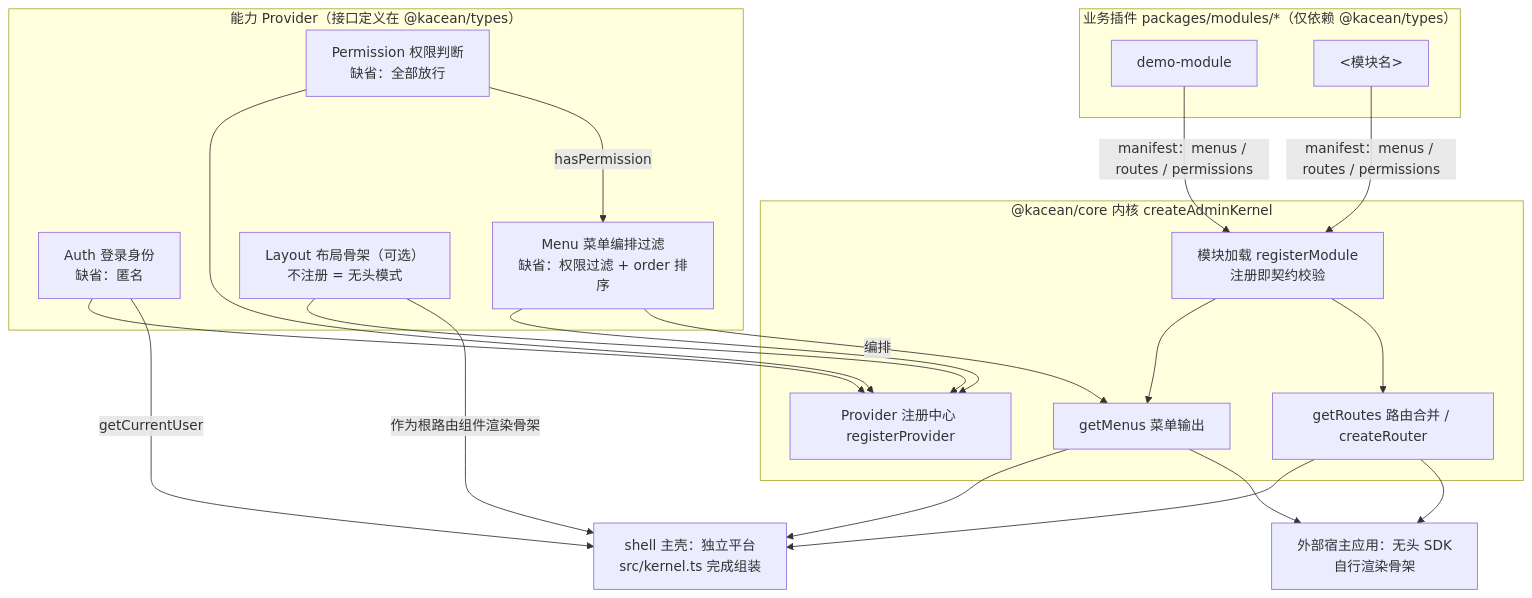
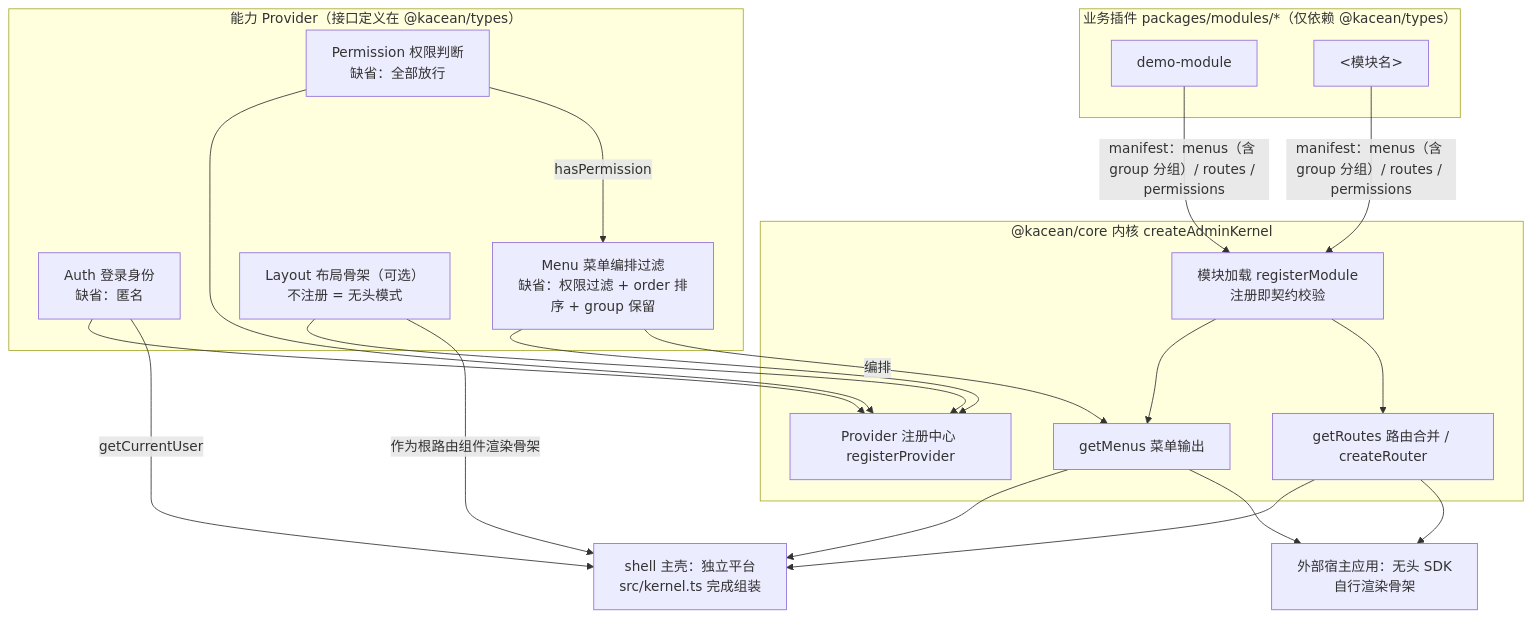
The first of 2 diagrams in README.md (HirongVSuen/kacean-admin), drawn with Mermaid before and after one commit. The commit also changed other lines of this file and 16 other files, not shown here.

````diff
--- a/README.md
+++ b/README.md
@@ -38,34 +38,34 @@
 ```mermaid
 flowchart TD
     subgraph Modules["业务插件 packages/modules/*（仅依赖 @kacean/types）"]
         M1["demo-module"]
         M2["&lt;模块名&gt;"]
     end
 
     subgraph Core["@kacean/core 内核 createAdminKernel"]
         Load["模块加载 registerModule<br/>注册即契约校验"]
         Registry["Provider 注册中心 registerProvider"]
         MenuOut["getMenus 菜单输出"]
         RouteOut["getRoutes 路由合并 / createRouter"]
     end
 
     subgraph Providers["能力 Provider（接口定义在 @kacean/types）"]
         Auth["Auth 登录身份<br/>缺省：匿名"]
         Permission["Permission 权限判断<br/>缺省：全部放行"]
-        MenuP["Menu 菜单编排过滤<br/>缺省：权限过滤 + order 排序"]
+        MenuP["Menu 菜单编排过滤<br/>缺省：权限过滤 + order 排序 + group 保留"]
         Layout["Layout 布局骨架（可选）<br/>不注册 = 无头模式"]
     end
 
     Shell["shell 主壳：独立平台<br/>src/kernel.ts 完成组装"]
     Host["外部宿主应用：无头 SDK<br/>自行渲染骨架"]
 
-    M1 & M2 -->|"manifest：menus / routes / permissions"| Load
+    M1 & M2 -->|"manifest：menus（含 group 分组）/ routes / permissions"| Load
     Auth & Permission & MenuP & Layout --> Registry
     Load --> MenuOut & RouteOut
     MenuP -->|"编排"| MenuOut
     Permission -->|"hasPermission"| MenuP
     Auth -->|"getCurrentUser"| Shell
     MenuOut & RouteOut --> Shell
     Layout -->|"作为根路由组件渲染骨架"| Shell
     MenuOut & RouteOut --> Host
 ```
````
